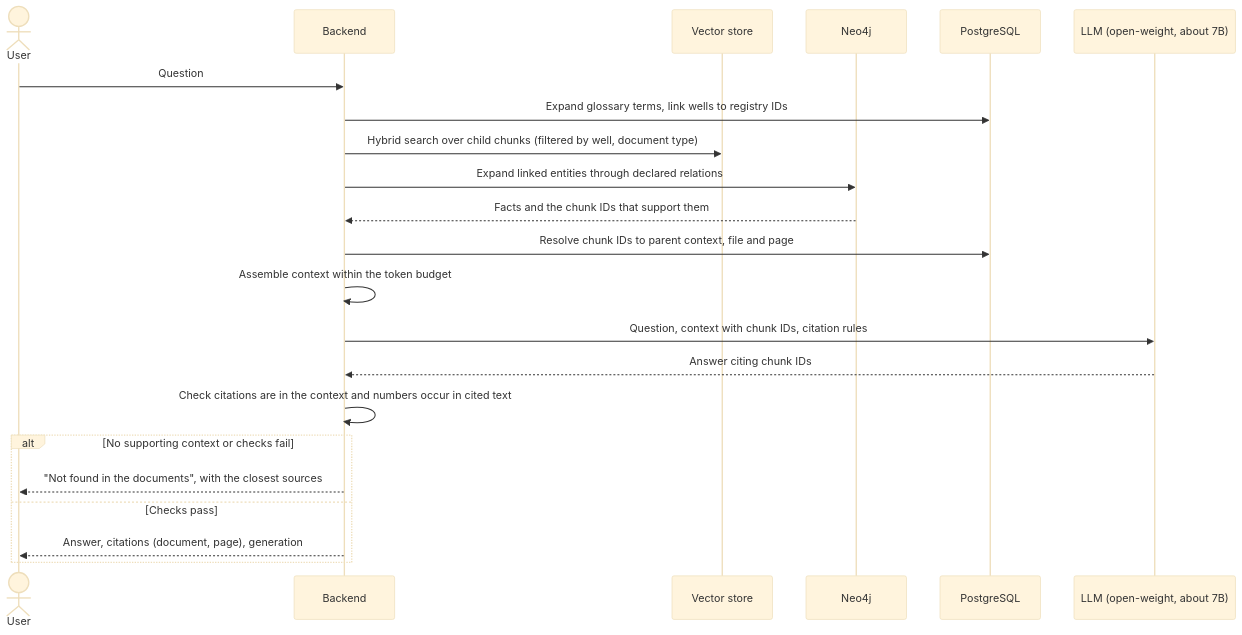
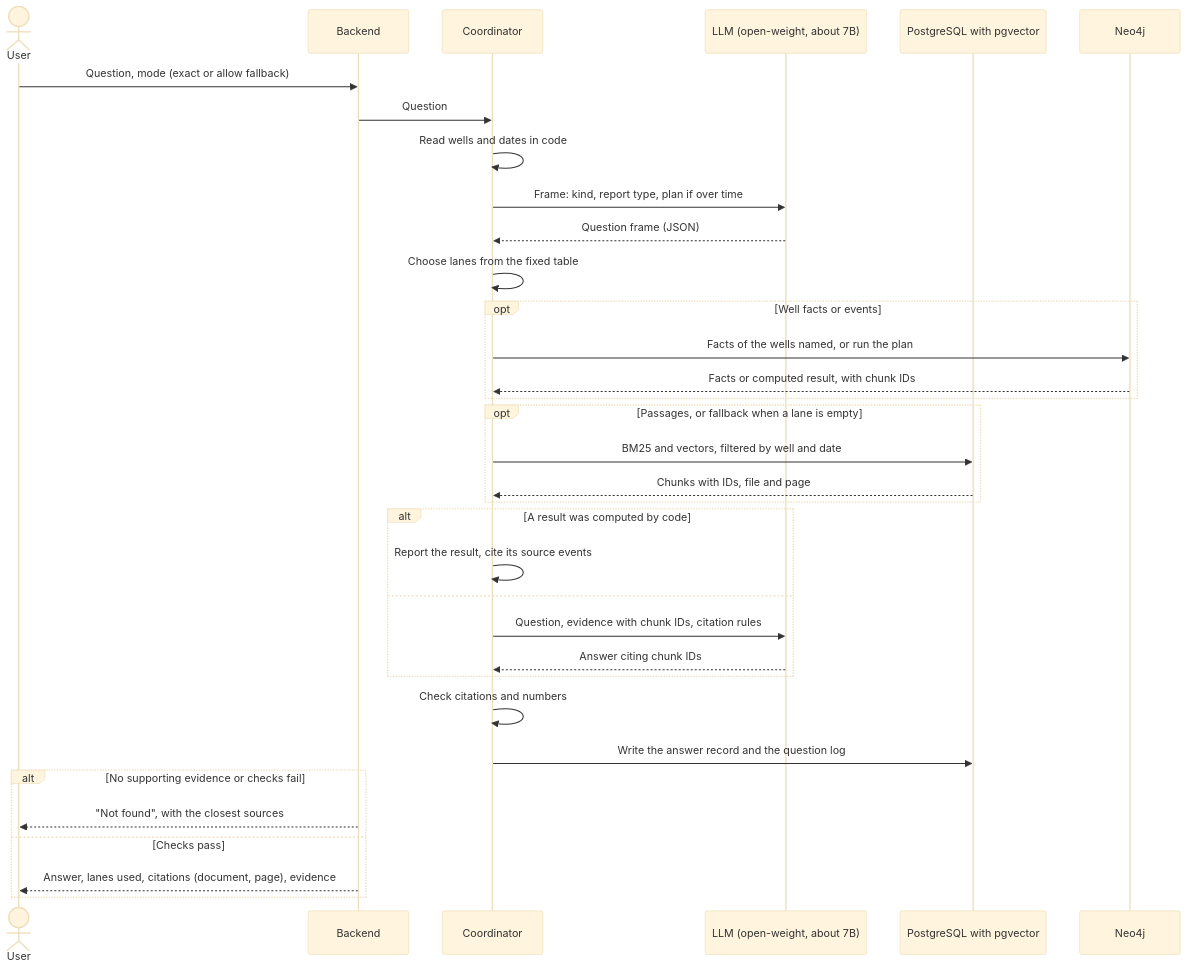
Before and after one commit to thaitri2005/Secure-O-G-LLM-and-Knowledge-Graph: the eighth of 10 diagrams in docs/PROJECT_DESIGN.md, drawn with Mermaid (base theme). The commit also changed other lines of this file and 17 other files, not shown here.

First line of the commit message:
Second build designed: coordinator and lanes, graph model, reasoning lane, application (D-64 to D-67)

````diff
--- a/docs/PROJECT_DESIGN.md
+++ b/docs/PROJECT_DESIGN.md
@@ -905,24 +1000,36 @@
 ```mermaid
 sequenceDiagram
     actor User
     participant API as Backend
-    participant Vec as Vector store
-    participant Graph as Neo4j
-    participant Meta as PostgreSQL
+    participant CO as Coordinator
     participant LLM as LLM (open-weight, about 7B)
-    User->>API: Question
-    API->>Meta: Expand glossary terms, link wells to registry IDs
-    API->>Vec: Hybrid search over child chunks (filtered by well, document type)
-    API->>Graph: Expand linked entities through declared relations
-    Graph-->>API: Facts and the chunk IDs that support them
-    API->>Meta: Resolve chunk IDs to parent context, file and page
-    API->>API: Assemble context within the token budget
-    API->>LLM: Question, context with chunk IDs, citation rules
-    LLM-->>API: Answer citing chunk IDs
-    API->>API: Check citations are in the context and numbers occur in cited text
-    alt No supporting context or checks fail
-        API-->>User: "Not found in the documents", with the closest sources
+    participant PG as PostgreSQL with pgvector
+    participant NG as Neo4j
+    User->>API: Question, mode (exact or allow fallback)
+    API->>CO: Question
+    CO->>CO: Read wells and dates in code
+    CO->>LLM: Frame: kind, report type, plan if over time
+    LLM-->>CO: Question frame (JSON)
+    CO->>CO: Choose lanes from the fixed table
+    opt Well facts or events
+        CO->>NG: Facts of the wells named, or run the plan
+        NG-->>CO: Facts or computed result, with chunk IDs
+    end
+    opt Passages, or fallback when a lane is empty
+        CO->>PG: BM25 and vectors, filtered by well and date
+        PG-->>CO: Chunks with IDs, file and page
+    end
+    alt A result was computed by code
+        CO->>CO: Report the result, cite its source events
+    else
+        CO->>LLM: Question, evidence with chunk IDs, citation rules
+        LLM-->>CO: Answer citing chunk IDs
+    end
+    CO->>CO: Check citations and numbers
+    CO->>PG: Write the answer record and the question log
+    alt No supporting evidence or checks fail
+        API-->>User: "Not found", with the closest sources
     else Checks pass
-        API-->>User: Answer, citations (document, page), generation
+        API-->>User: Answer, lanes used, citations (document, page), evidence
     end
 ```
````
